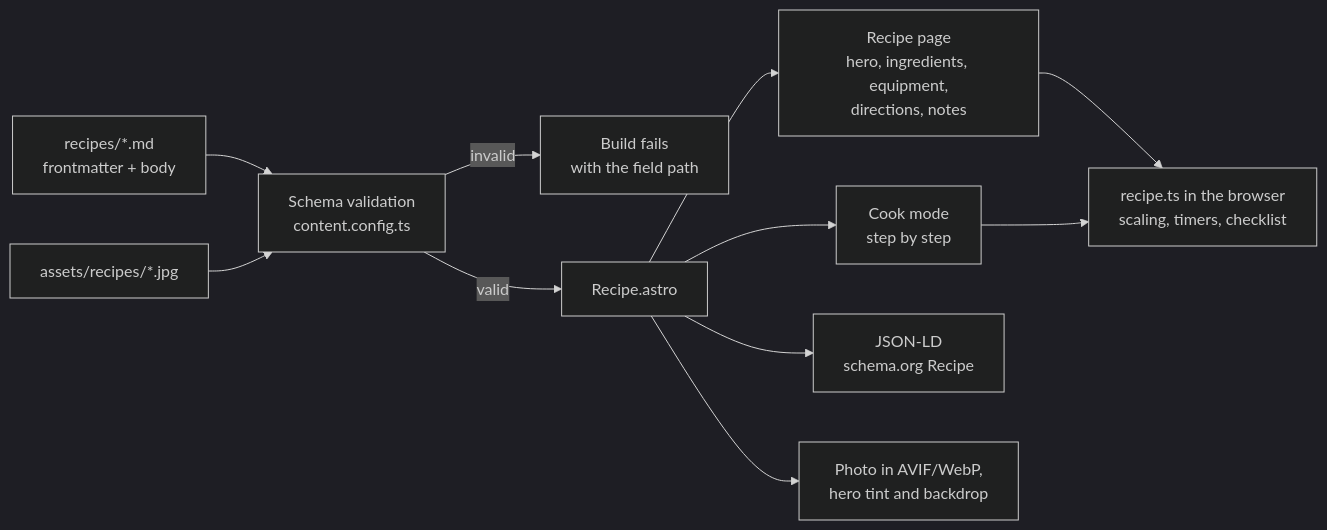
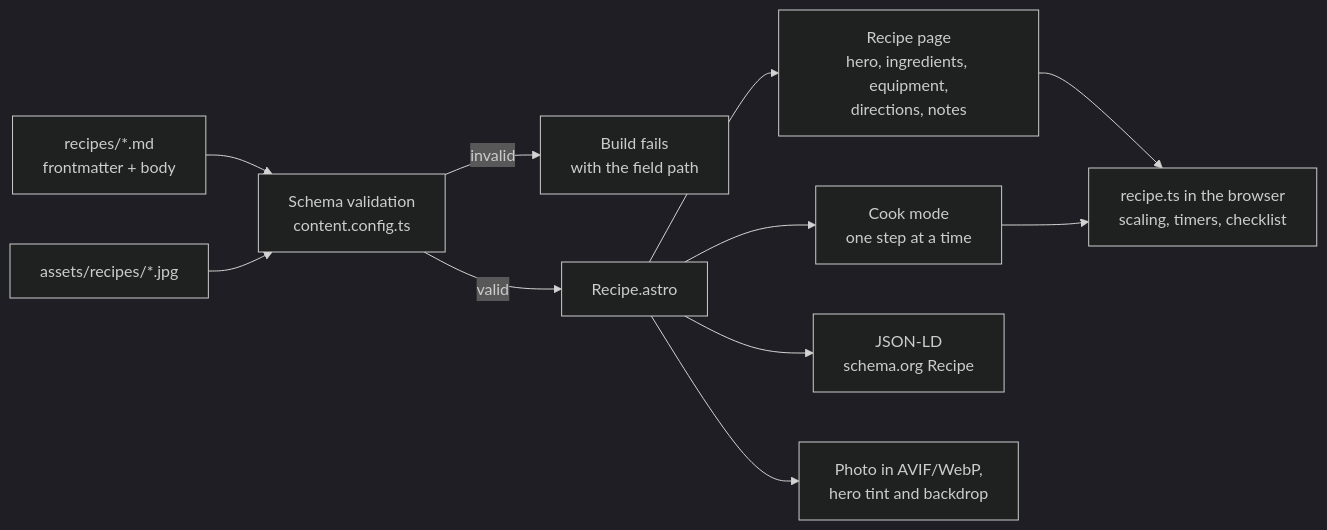
One commit to pschonfeld/soowee changed the first of 3 diagrams in docs/recipe-model.md. Above: the diagram before and after it, drawn with Mermaid (dark theme). The commit also changed other lines of this file and 23 other files, not shown here.

First line of the commit message:
Split the method into sections and steps; cook mode moves one step at a time

````diff
--- a/docs/recipe-model.md
+++ b/docs/recipe-model.md
@@ -26,13 +26,13 @@
 ```mermaid
 flowchart LR
   md["recipes/*.md<br/>frontmatter + body"] --> schema["Schema validation<br/>content.config.ts"]
   img["assets/recipes/*.jpg"] --> schema
   schema -->|invalid| fail["Build fails<br/>with the field path"]
   schema -->|valid| page["Recipe.astro"]
   page --> html["Recipe page<br/>hero, ingredients, equipment,<br/>directions, notes"]
-  page --> cook["Cook mode<br/>step by step"]
+  page --> cook["Cook mode<br/>one step at a time"]
   page --> ld["JSON-LD<br/>schema.org Recipe"]
   page --> pic["Photo in AVIF/WebP,<br/>hero tint and backdrop"]
   html --> js["recipe.ts in the browser<br/>scaling, timers, checklist"]
   cook --> js
 ```
````
